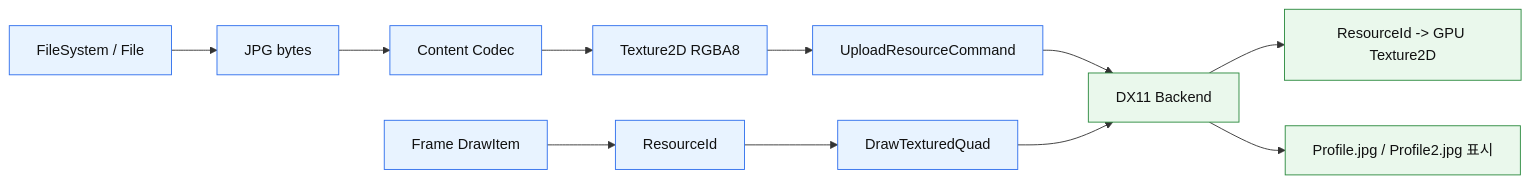
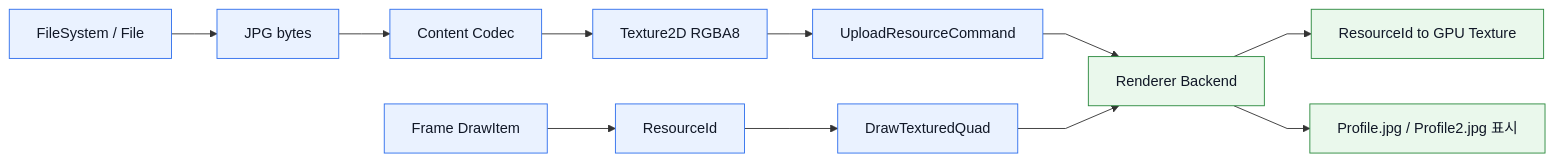
One commit to cyphen156/CyphenEngine changed the second of 4 diagrams in Docs/Architecture.md. Above: the diagram before and after it, drawn with Mermaid. The commit also changed other lines of this file and 5 other files, not shown here.

````diff
--- a/Docs/Architecture.md
+++ b/Docs/Architecture.md
@@ -115,18 +67,19 @@
 ```mermaid
+%%{init: {'flowchart': {'curve': 'linear'}}}%%
 flowchart LR
-	FileSystem["FileSystem / File"] --> Bytes["JPG bytes"]
-	Bytes --> Codec["Content Codec"]
-	Codec --> Texture2D["Texture2D RGBA8"]
-	Texture2D --> ResourceCommand["UploadResourceCommand"]
-	ResourceCommand --> Backend["DX11 Backend"]
-	Backend --> TextureTable["ResourceId -> GPU Texture2D"]
-	Frame["Frame DrawItem"] --> ResourceId["ResourceId"]
-	ResourceId --> RenderCommand["DrawTexturedQuad"]
-	RenderCommand --> Backend
-	Backend --> Screen["Profile.jpg / Profile2.jpg 표시"]
+    FileSystem["FileSystem / File"] --> Bytes["JPG bytes"]
+    Bytes --> Codec["Content Codec"]
+    Codec --> Texture2D["Texture2D RGBA8"]
+    Texture2D --> ResourceCommand["UploadResourceCommand"]
+    ResourceCommand --> Backend["Renderer Backend"]
+    Backend --> TextureTable["ResourceId to GPU Texture"]
+    Frame["Frame DrawItem"] --> ResourceId["ResourceId"]
+    ResourceId --> RenderCommand["DrawTexturedQuad"]
+    RenderCommand --> Backend
+    Backend --> Screen["Profile.jpg / Profile2.jpg 표시"]
 
-	classDef data fill:#e8f3ff,stroke:#2f6fed,color:#111;
-	classDef gpu fill:#eaf8ec,stroke:#2b8a3e,color:#111;
-	class FileSystem,Bytes,Codec,Texture2D,ResourceCommand,Frame,ResourceId,RenderCommand data;
-	class Backend,TextureTable,Screen gpu;
+    classDef data fill:#eaf2ff,stroke:#2f6fed,color:#111827;
+    classDef gpu fill:#eaf8ec,stroke:#2b8a3e,color:#111827;
+    class FileSystem,Bytes,Codec,Texture2D,ResourceCommand,Frame,ResourceId,RenderCommand data;
+    class Backend,TextureTable,Screen gpu;
 ```
````
